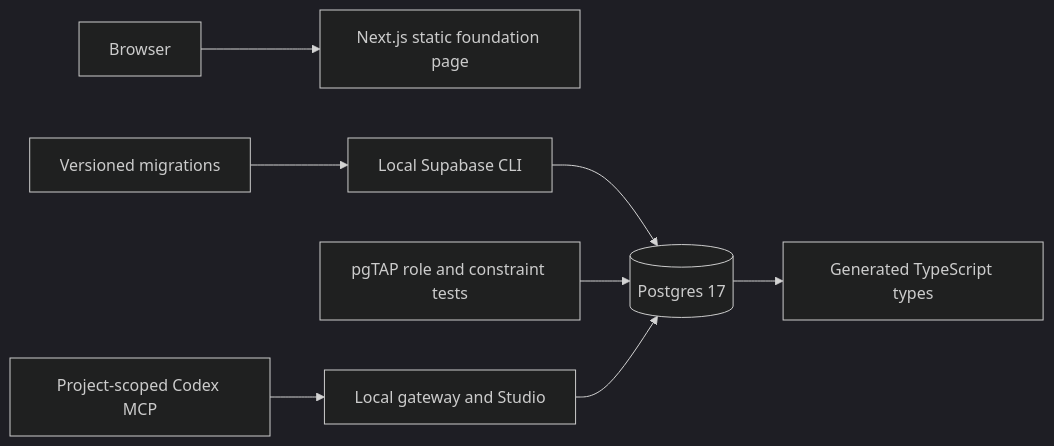
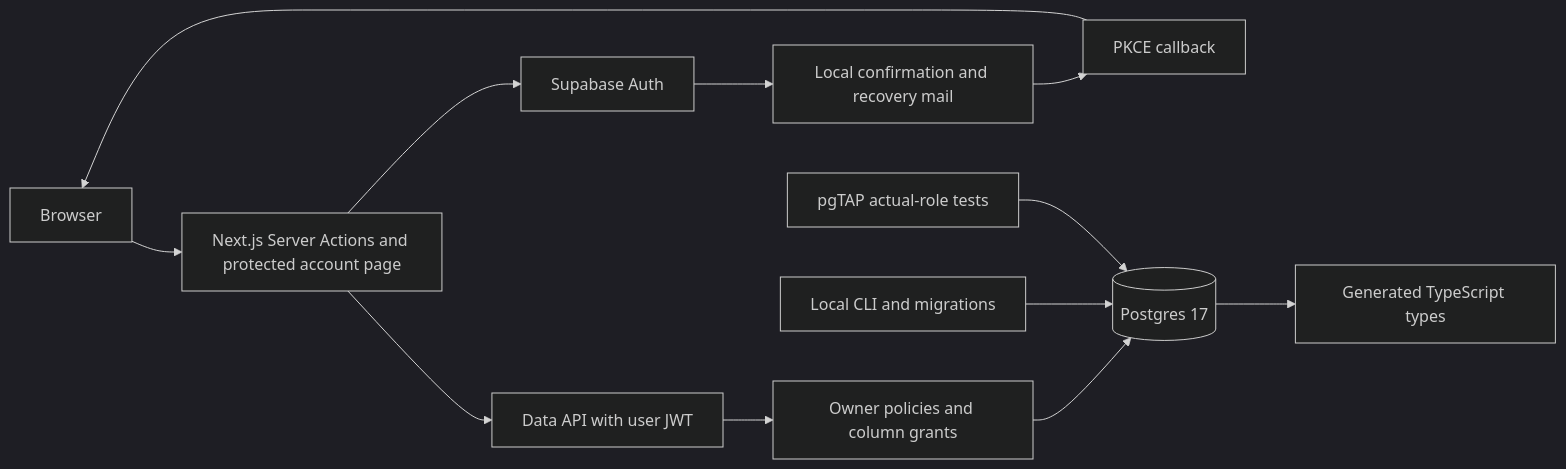
One commit to nshaikh3/supabase-ai-story-reference changed the diagram in docs/ARCHITECTURE.md. Above: the diagram before and after it, drawn with Mermaid (dark theme). The commit also changed other lines of this file and 10 other files, not shown here.

````diff
--- a/docs/ARCHITECTURE.md
+++ b/docs/ARCHITECTURE.md
@@ -5,10 +5,14 @@
 ```mermaid
 flowchart LR
-  Browser[Browser] --> Next[Next.js static foundation page]
-  CLI[Local Supabase CLI] --> DB[(Postgres 17)]
-  Migrations[Versioned migrations] --> CLI
-  Tests[pgTAP role and constraint tests] --> DB
+  Browser[Browser] --> Next[Next.js Server Actions and protected account page]
+  Next --> Auth[Supabase Auth]
+  Auth --> Mail[Local confirmation and recovery mail]
+  Mail --> Callback[PKCE callback]
+  Callback --> Browser
+  Next --> API[Data API with user JWT]
+  API --> RLS[Owner policies and column grants]
+  RLS --> DB[(Postgres 17)]
+  CLI[Local CLI and migrations] --> DB
+  Tests[pgTAP actual-role tests] --> DB
   DB --> Types[Generated TypeScript types]
-  Codex[Project-scoped Codex MCP] --> LocalMCP[Local gateway and Studio]
-  LocalMCP --> DB
 ```
````
